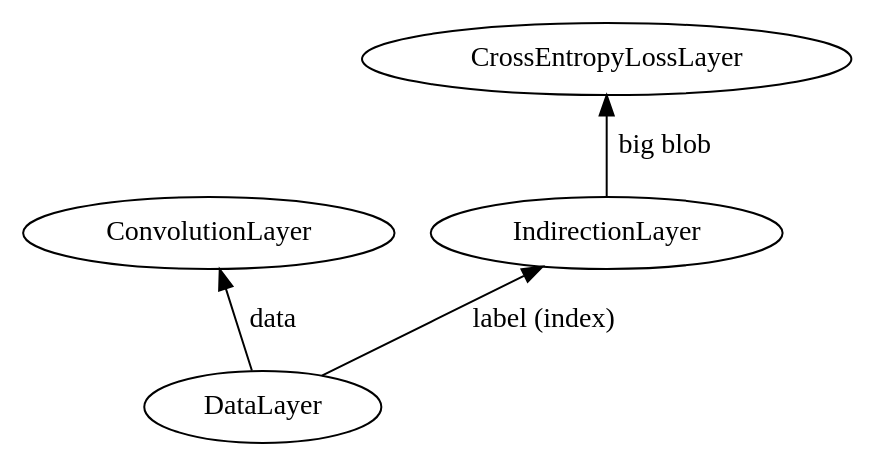
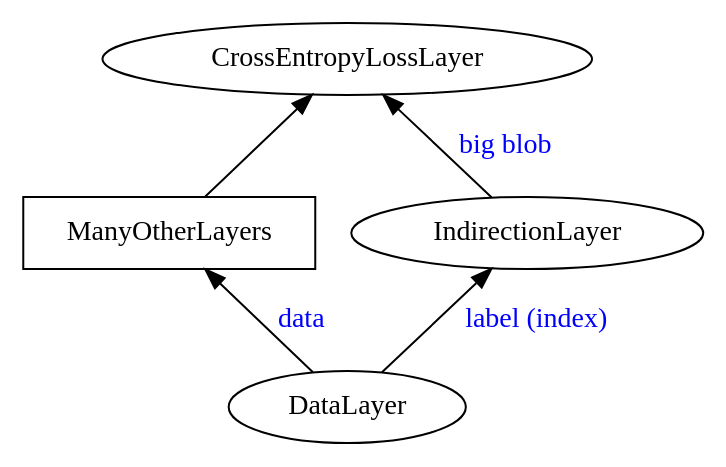
One commit to netheril96/images changed the diagram in indirection_layer/2.dot. Above: the diagram before and after it, drawn with Graphviz. The commit also changed 1 other file, not shown here.

```diff
--- a/indirection_layer/2.dot
+++ b/indirection_layer/2.dot
@@ -1,6 +1,9 @@
 digraph IndirectionExample {
     rankdir = "BT";
-    DataLayer -> ConvolutionLayer [label = "data"];
+    edge [fontcolor="blue"];
+    ManyOtherLayers [shape = box];
+    DataLayer -> ManyOtherLayers [label = "data"];
     DataLayer -> IndirectionLayer [label = "label (index)"];
     IndirectionLayer -> CrossEntropyLossLayer [label = "big blob"];
+    ManyOtherLayers -> CrossEntropyLossLayer;
 }
```
